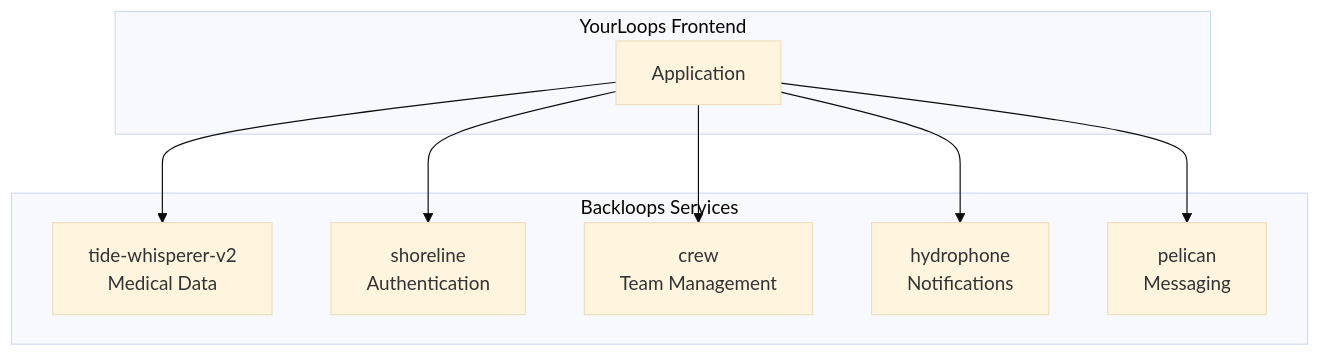
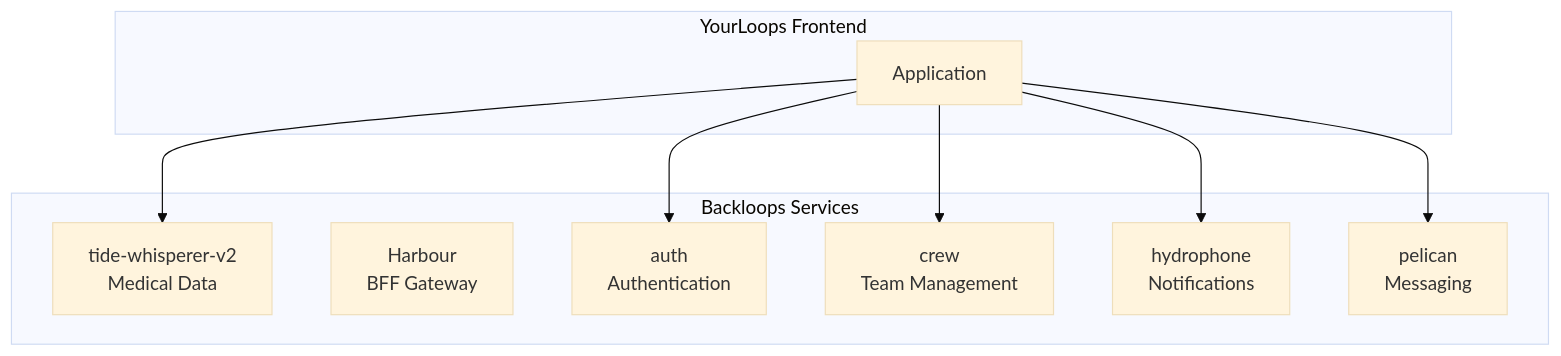
The eighth of 10 diagrams in docs/DataFlow.md (mdblp/blip), drawn with Mermaid (base theme) before and after one commit. The commit also changed other lines of this file, not shown here.

````diff
--- a/docs/DataFlow.md
+++ b/docs/DataFlow.md
@@ -307,20 +309,21 @@
 ```mermaid
 graph TB
     subgraph "YourLoops Frontend"
         APP[Application]
     end
 
     subgraph "Backloops Services"
         TW[tide-whisperer-v2<br/>Medical Data]
-        SHORE[shoreline<br/>Authentication]
+        BFF[Harbour<br/>BFF Gateway]
+        AUTH[auth<br/>Authentication]
         CREW[crew<br/>Team Management]
         HYDRO[hydrophone<br/>Notifications]
         PELICAN[pelican<br/>Messaging]
     end
 
     APP --> TW
-    APP --> SHORE
+    APP --> AUTH
     APP --> CREW
     APP --> HYDRO
     APP --> PELICAN
 ```
````
